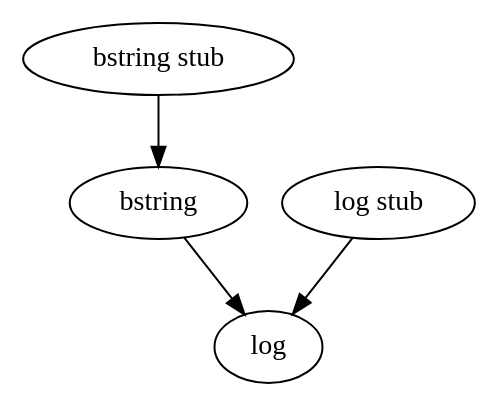
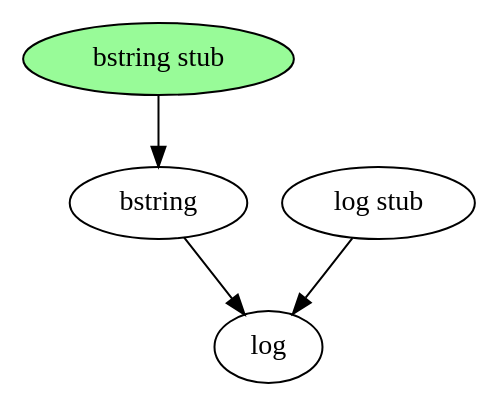
Before and after one commit to avid-scholar/toybox: the diagram in map.DOT, drawn with Graphviz. The commit also changed 3 other files, not shown here.

```diff
--- a/map.DOT
+++ b/map.DOT
@@ -1,9 +1,9 @@
 digraph map {
-   st_bstring [ label = "bstring stub" ];
+   st_bstring [ label = "bstring stub", style = filled, fillcolor = palegreen ];
    st_bstring -> bstring ;
 
    st_log [ label = "log stub" ] ;
    st_log -> log ;
 
    bstring -> log ;
 }
```
